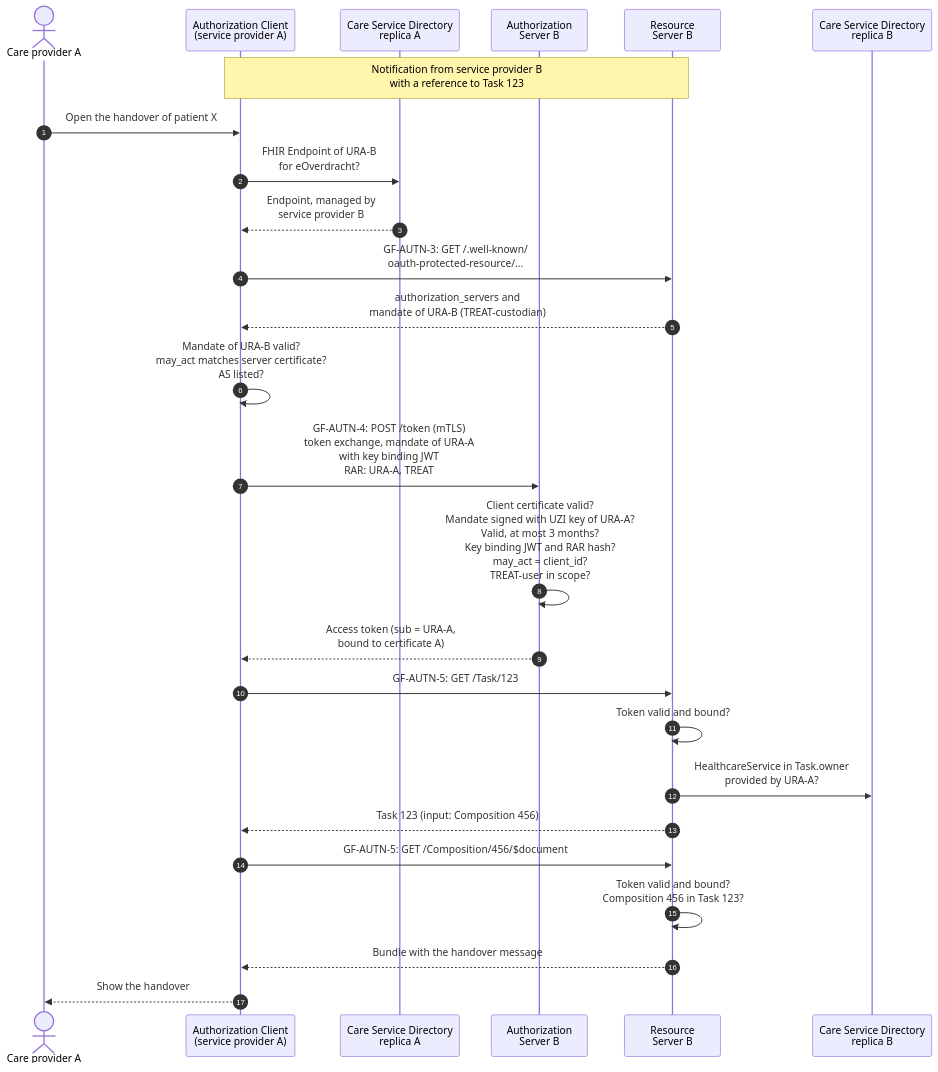
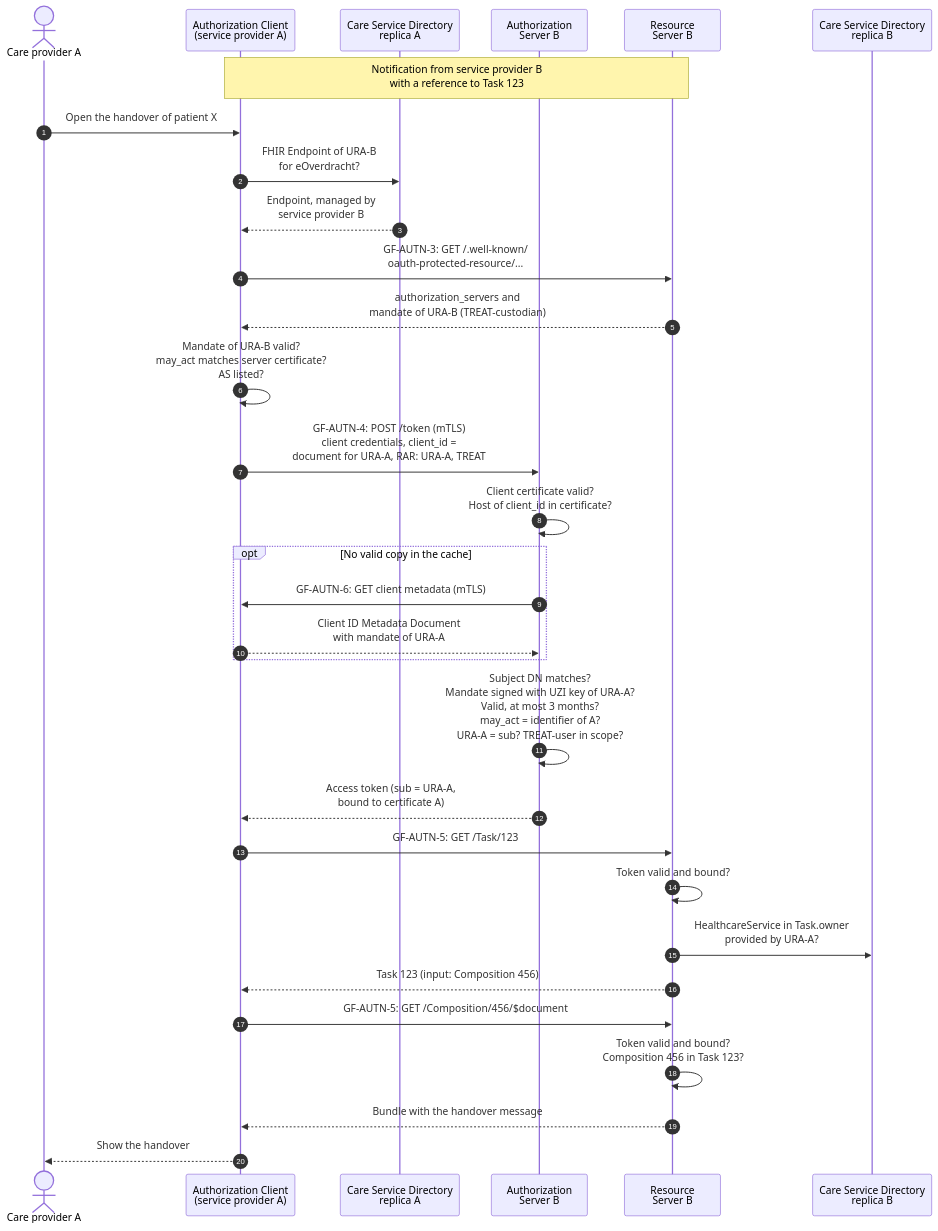
One commit to minvws/generiekefuncties-docs changed the third of 3 diagrams in input/pagecontent/authentication.md. Above: the diagram before and after it, drawn with Mermaid. The commit also changed other lines of this file and 4 other files, not shown here.

````diff
--- a/input/pagecontent/authentication.md
+++ b/input/pagecontent/authentication.md
@@ -495,29 +555,34 @@
 ```mermaid
 sequenceDiagram
     autonumber
     actor CPA as Care provider A
     participant AC as Authorization Client<br/>(service provider A)
     participant CSDA as Care Service Directory<br/>replica A
     participant AS as Authorization<br/>Server B
     participant RS as Resource<br/>Server B
     participant CSDB as Care Service Directory<br/>replica B
 
     Note over AC,RS: Notification from service provider B<br/>with a reference to Task 123
     CPA->>AC: Open the handover of patient X
     AC->>CSDA: FHIR Endpoint of URA-B<br/>for eOverdracht?
     CSDA-->>AC: Endpoint, managed by<br/>service provider B
     AC->>RS: GF-AUTN-3: GET /.well-known/<br/>oauth-protected-resource/...
     RS-->>AC: authorization_servers and<br/>mandate of URA-B (TREAT-custodian)
     AC->>AC: Mandate of URA-B valid?<br/>may_act matches server certificate?<br/>AS listed?
-    AC->>AS: GF-AUTN-4: POST /token (mTLS)<br/>token exchange, mandate of URA-A<br/>with key binding JWT<br/>RAR: URA-A, TREAT
-    AS->>AS: Client certificate valid?<br/>Mandate signed with UZI key of URA-A?<br/>Valid, at most 3 months?<br/>Key binding JWT and RAR hash?<br/>may_act = client_id?<br/>TREAT-user in scope?
+    AC->>AS: GF-AUTN-4: POST /token (mTLS)<br/>client credentials, client_id =<br/>document for URA-A, RAR: URA-A, TREAT
+    AS->>AS: Client certificate valid?<br/>Host of client_id in certificate?
+    opt No valid copy in the cache
+        AS->>AC: GF-AUTN-6: GET client metadata (mTLS)
+        AC-->>AS: Client ID Metadata Document<br/>with mandate of URA-A
+    end
+    AS->>AS: Subject DN matches?<br/>Mandate signed with UZI key of URA-A?<br/>Valid, at most 3 months?<br/>may_act = identifier of A?<br/>URA-A = sub? TREAT-user in scope?
     AS-->>AC: Access token (sub = URA-A,<br/>bound to certificate A)
     AC->>RS: GF-AUTN-5: GET /Task/123
     RS->>RS: Token valid and bound?
     RS->>CSDB: HealthcareService in Task.owner<br/>provided by URA-A?
     RS-->>AC: Task 123 (input: Composition 456)
     AC->>RS: GF-AUTN-5: GET /Composition/456/$document
     RS->>RS: Token valid and bound?<br/>Composition 456 in Task 123?
     RS-->>AC: Bundle with the handover message
     AC-->>CPA: Show the handover
 ```
````
